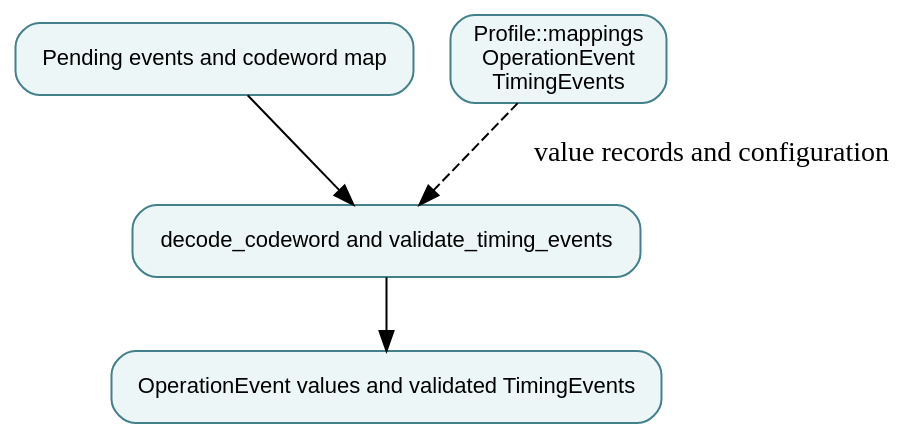
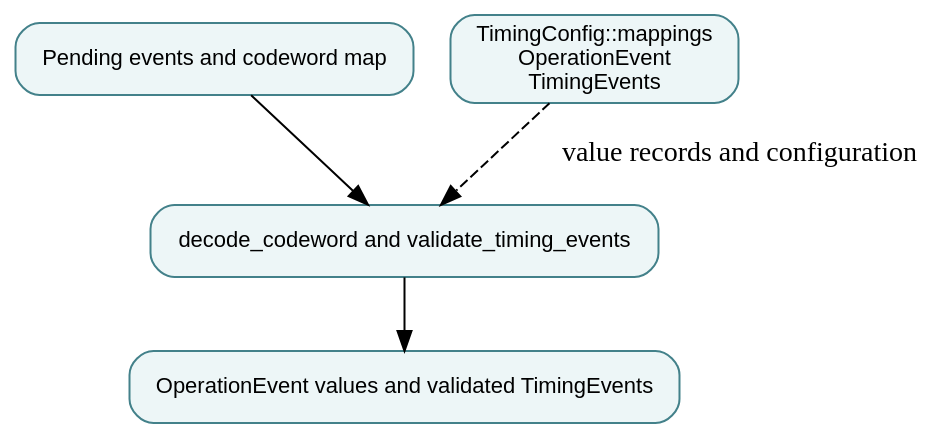
Before and after one commit to qsbit-org/qsbit-sim: the diagram in docs/modules/codeword-decoding.md, drawn with Graphviz. The commit also changed other lines of this file and 80 other files, not shown here.

````diff
--- a/docs/modules/codeword-decoding.md
+++ b/docs/modules/codeword-decoding.md
@@ -15,11 +15,11 @@
 ```{graphviz}
 digraph module {
   rankdir=TB; bgcolor="transparent";
   node [shape=box, style="rounded,filled", fillcolor="#edf6f7", color="#43818a", fontname="sans-serif", fontsize=11];
   input [label="Pending events and codeword map"];
   owner [label="decode_codeword and validate_timing_events"];
-  state [label="Profile::mappings\nOperationEvent\nTimingEvents"];
+  state [label="TimingConfig::mappings\nOperationEvent\nTimingEvents"];
   output [label="OperationEvent values and validated TimingEvents"];
   input -> owner; owner -> output; state -> owner [style=dashed, label="value records and configuration"];
 }
 ```
````
